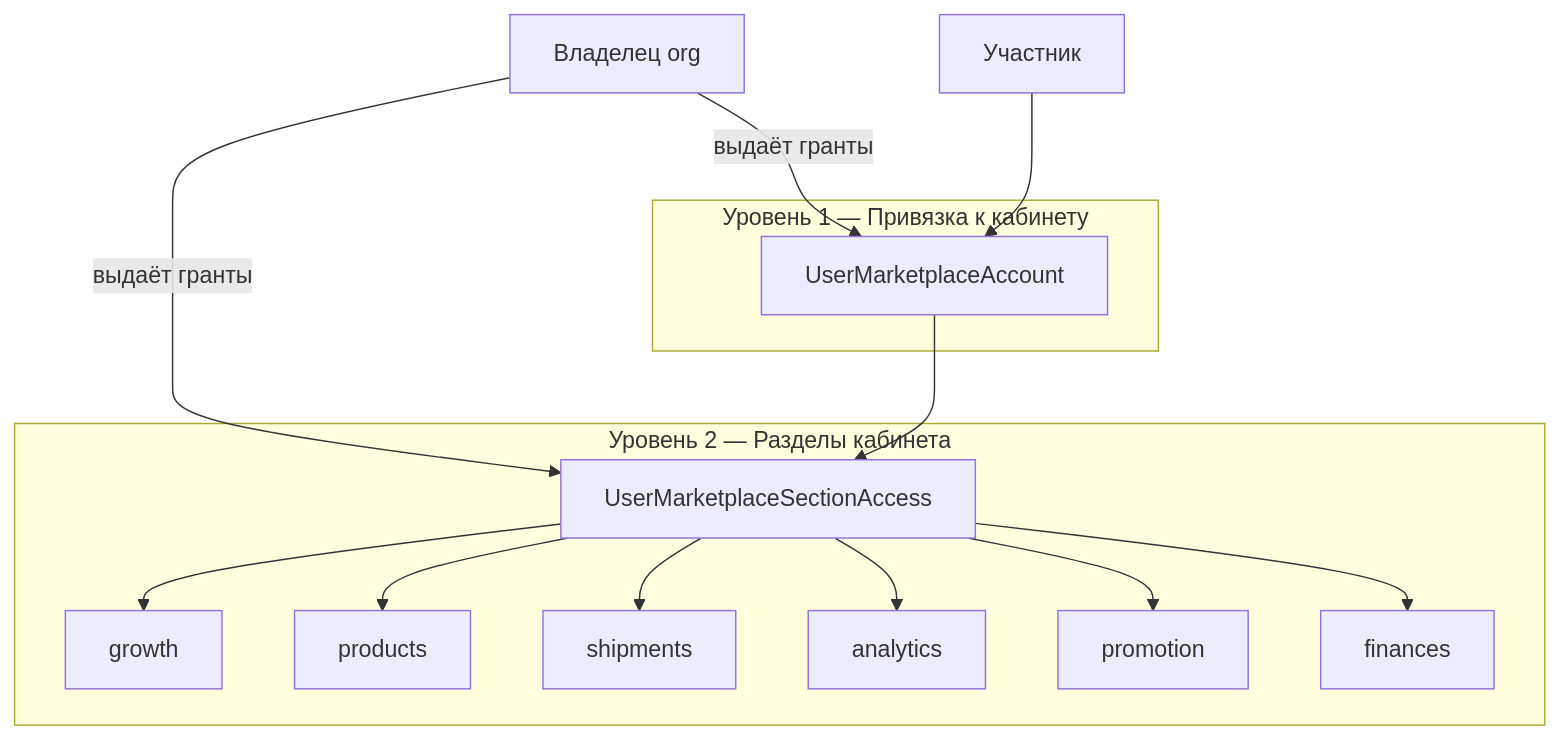
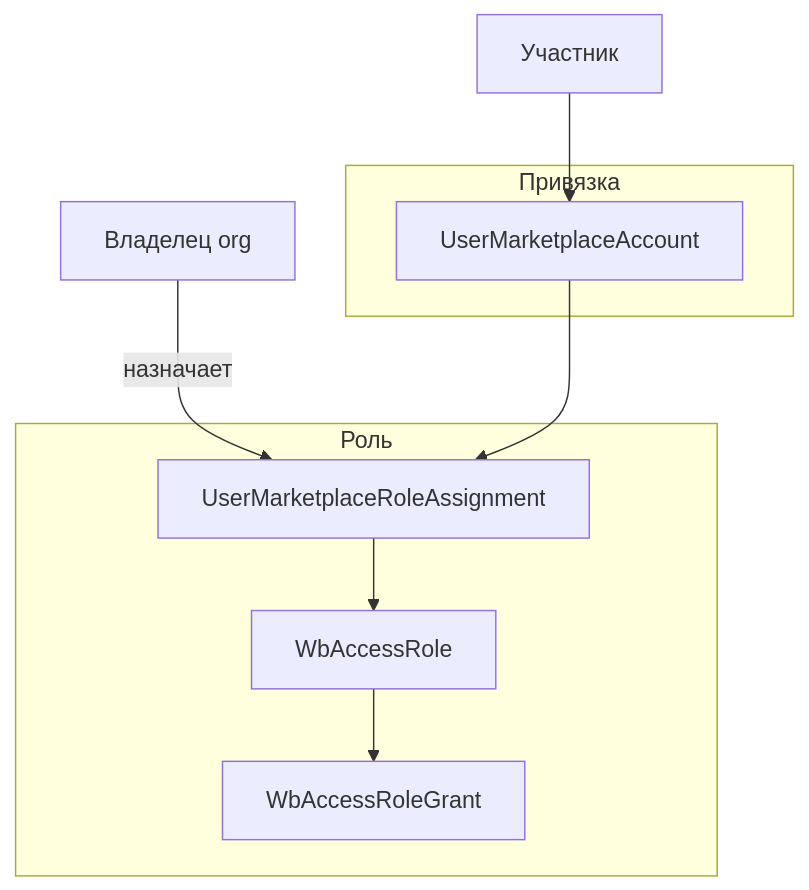
The first of 3 diagrams in architecture/marketplace-access-model.md (MarketHackerLabs/docs), drawn with Mermaid before and after one commit. The commit also changed other lines of this file and 4 other files, not shown here.

````diff
--- a/architecture/marketplace-access-model.md
+++ b/architecture/marketplace-access-model.md
@@ -13,20 +19,15 @@
 ```mermaid
 flowchart TB
-    subgraph tier1 [Уровень 1 — Привязка к кабинету]
+    subgraph tier1 [Привязка]
         ACC[UserMarketplaceAccount]
     end
 
-    subgraph tier2 [Уровень 2 — Разделы кабинета]
-        SEC[UserMarketplaceSectionAccess]
-        SEC --> GROWTH[growth]
-        SEC --> PROD[products]
-        SEC --> SHIP[shipments]
-        SEC --> ANAL[analytics]
-        SEC --> PROMO[promotion]
-        SEC --> FIN[finances]
+    subgraph tier2 [Роль]
+        Role[WbAccessRole]
+        Grant[WbAccessRoleGrant]
+        Assign[UserMarketplaceRoleAssignment]
     end
 
-    OWNER[Владелец org] -->|выдаёт гранты| ACC
-    OWNER -->|выдаёт гранты| SEC
-    USER[Участник] --> ACC --> SEC
+    OWNER[Владелец org] -->|назначает| Assign
+    USER[Участник] --> ACC --> Assign --> Role --> Grant
 ```
````
